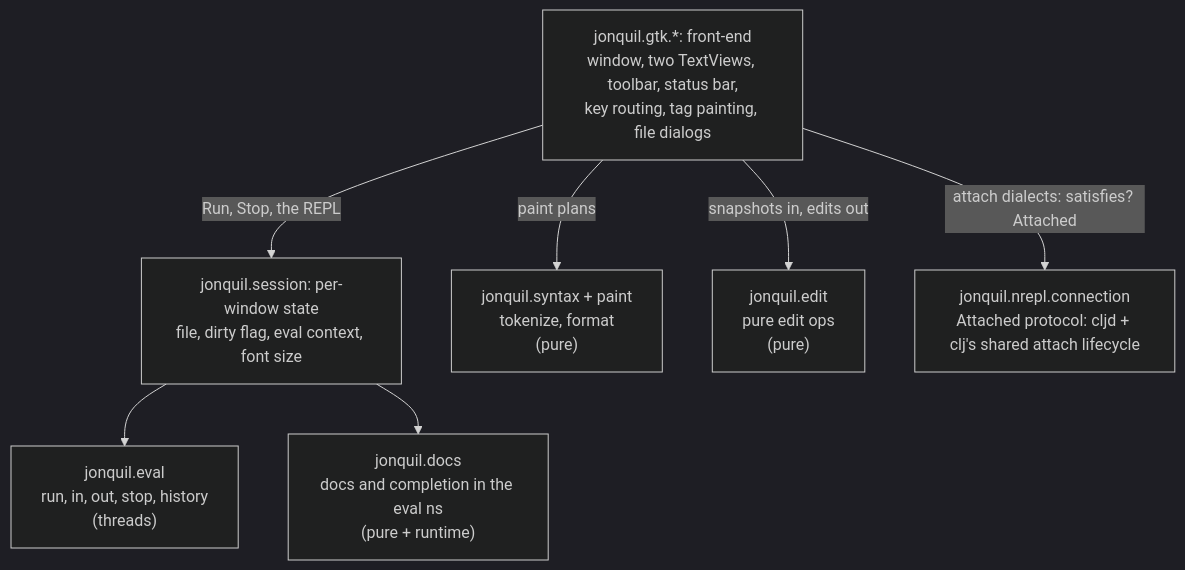
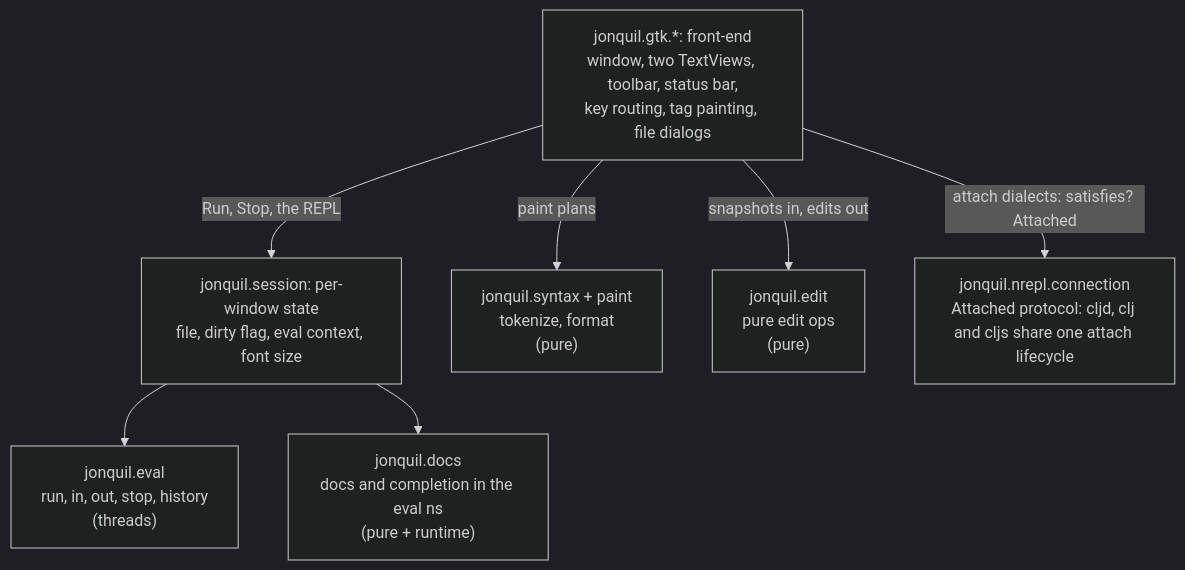
Before and after one commit to b12n-oss/jonquil: the first of 5 diagrams in docs/guide/architecture.md, drawn with Mermaid (dark theme). The commit also changed other lines of this file and 4 other files, not shown here.

````diff
--- a/docs/guide/architecture.md
+++ b/docs/guide/architecture.md
@@ -7,16 +7,16 @@
 ```mermaid
 flowchart TD
   gtk["jonquil.gtk.*: front-end<br/>window, two TextViews, toolbar, status bar,<br/>key routing, tag painting, file dialogs"]
   session["jonquil.session: per-window state<br/>file, dirty flag, eval context, font size"]
   syntax["jonquil.syntax + paint<br/>tokenize, format<br/>(pure)"]
   edit["jonquil.edit<br/>pure edit ops<br/>(pure)"]
   eval["jonquil.eval<br/>run, in, out, stop, history<br/>(threads)"]
   docs["jonquil.docs<br/>docs and completion in the eval ns<br/>(pure + runtime)"]
-  connection["jonquil.nrepl.connection<br/>Attached protocol: cljd + clj's shared attach lifecycle"]
+  connection["jonquil.nrepl.connection<br/>Attached protocol: cljd, clj and cljs share one attach lifecycle"]
   gtk -- "snapshots in, edits out" --> edit
   gtk -- "paint plans" --> syntax
   gtk -- "Run, Stop, the REPL" --> session
   gtk -- "attach dialects: satisfies? Attached" --> connection
   session --> eval
   session --> docs
 ```
````
